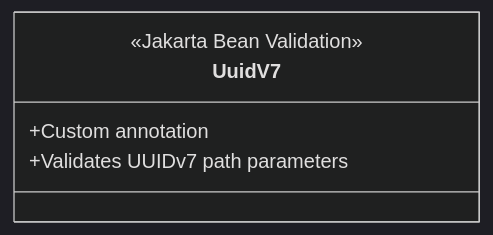
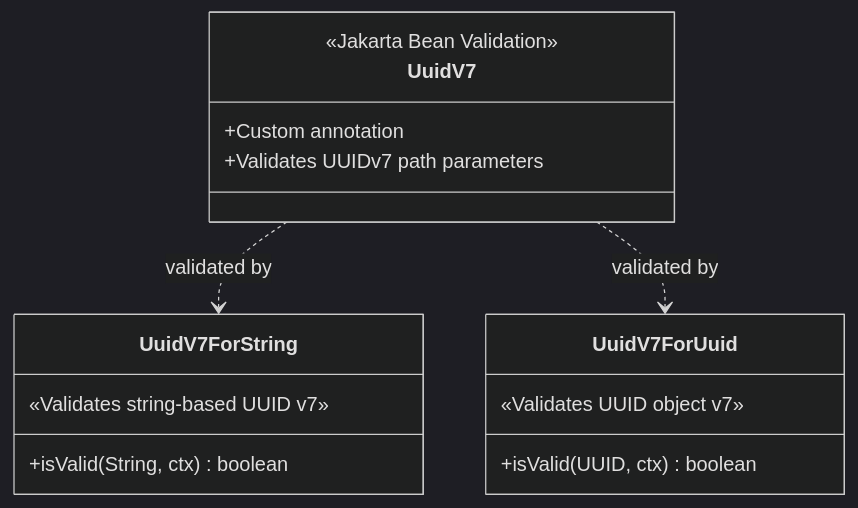
The ninth of 9 diagrams in src/main/java/com/pug/shared/README.md (Plataforma-Universidade-Gratuita/pug-service), drawn with Mermaid (dark theme) before and after one commit. The commit also changed other lines of this file and 31 other files, not shown here.

````diff
--- a/src/main/java/com/pug/shared/README.md
+++ b/src/main/java/com/pug/shared/README.md
@@ -194,8 +314,21 @@
 ```mermaid
 classDiagram
     class UuidV7 {
         <<Jakarta Bean Validation>>
         +Custom annotation
         +Validates UUIDv7 path parameters
     }
+
+    class UuidV7ForString {
+        +isValid(String, ctx) boolean
+        «Validates string-based UUID v7»
+    }
+
+    class UuidV7ForUuid {
+        +isValid(UUID, ctx) boolean
+        «Validates UUID object v7»
+    }
+
+    UuidV7 ..> UuidV7ForString : validated by
+    UuidV7 ..> UuidV7ForUuid : validated by
 ```
````
